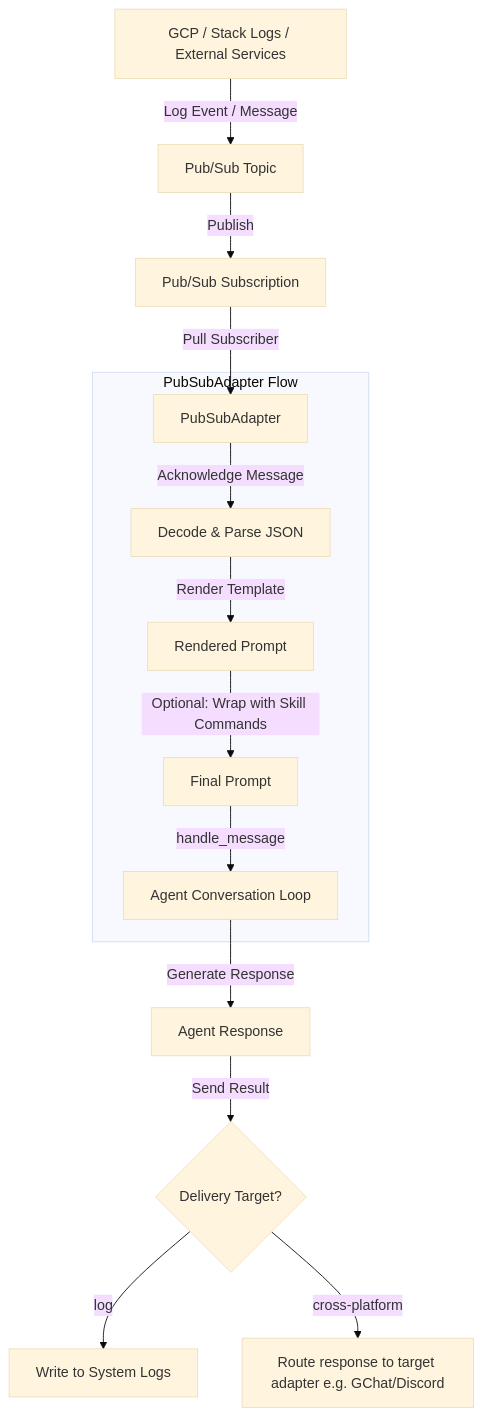
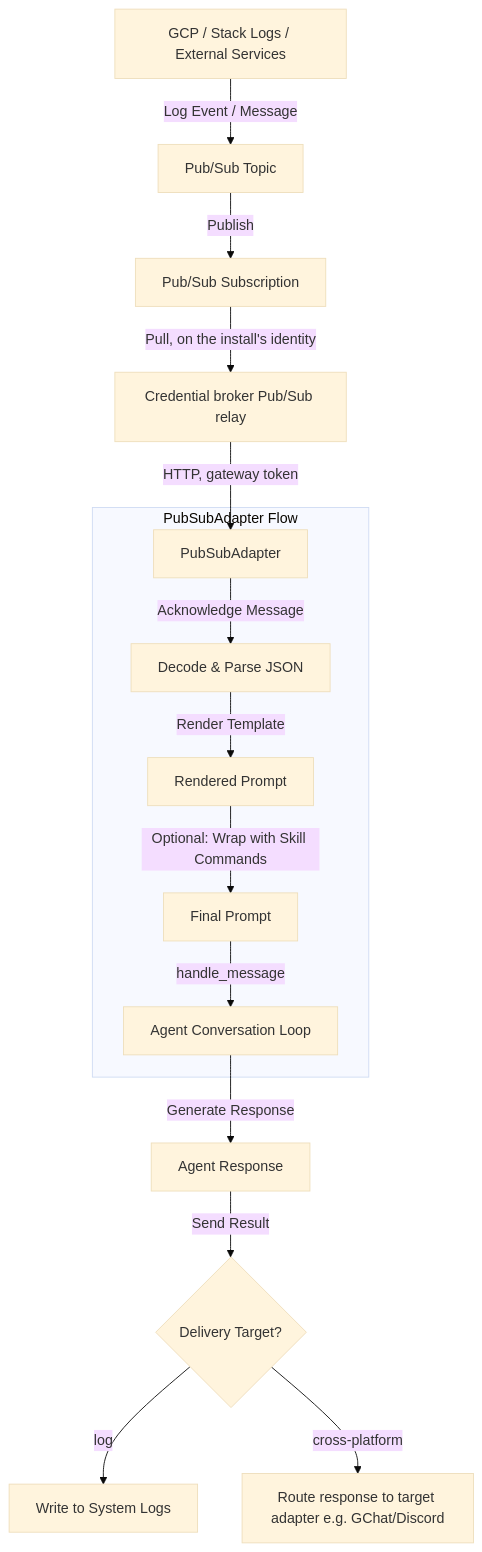
Before and after one commit to bradhoekstra/kube-agents: the diagram in agentplugins/pubsub-platform/files/platforms/pubsub/README.md, drawn with Mermaid (base theme). The commit also changed other lines of this file and 7 other files, not shown here.

First line of the commit message:
docs: the sink check is gone, the broker has three relay families, and the installer grants viewer

````diff
--- a/agentplugins/pubsub-platform/files/platforms/pubsub/README.md
+++ b/agentplugins/pubsub-platform/files/platforms/pubsub/README.md
@@ -16,18 +16,19 @@
 ```mermaid
 graph TD
     A[GCP / Stack Logs / External Services] -->|Log Event / Message| B[Pub/Sub Topic]
     B -->|Publish| C[Pub/Sub Subscription]
-    C -->|Pull Subscriber| D[PubSubAdapter]
+    C -->|Pull, on the install's identity| X[Credential broker Pub/Sub relay]
+    X -->|HTTP, gateway token| D[PubSubAdapter]
 
     subgraph PubSubAdapter Flow
         D -->|Acknowledge Message| E[Decode & Parse JSON]
         E -->|Render Template| F[Rendered Prompt]
         F -->|Optional: Wrap with Skill Commands| G[Final Prompt]
         G -->|handle_message| H[Agent Conversation Loop]
     end
 
     H -->|Generate Response| I[Agent Response]
     I -->|Send Result| J{Delivery Target?}
     J -->|log| K[Write to System Logs]
     J -->|cross-platform| L[Route response to target adapter e.g. GChat/Discord]
 ```
````
